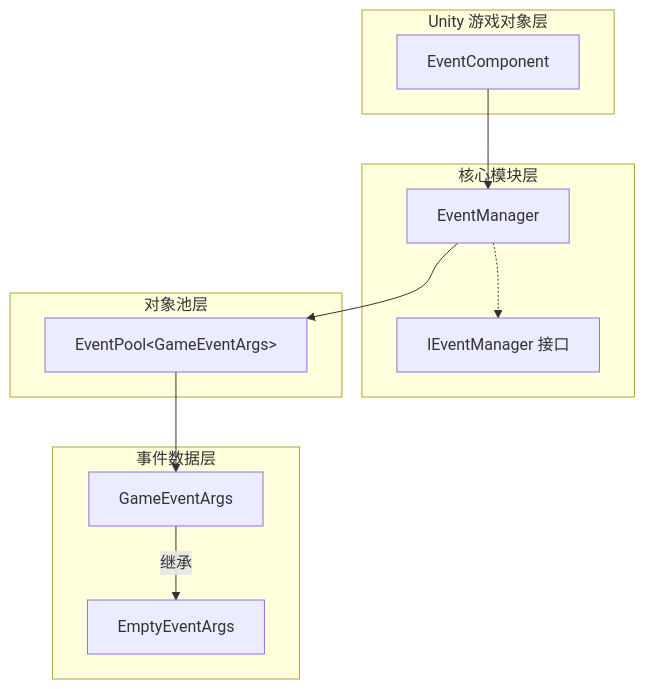
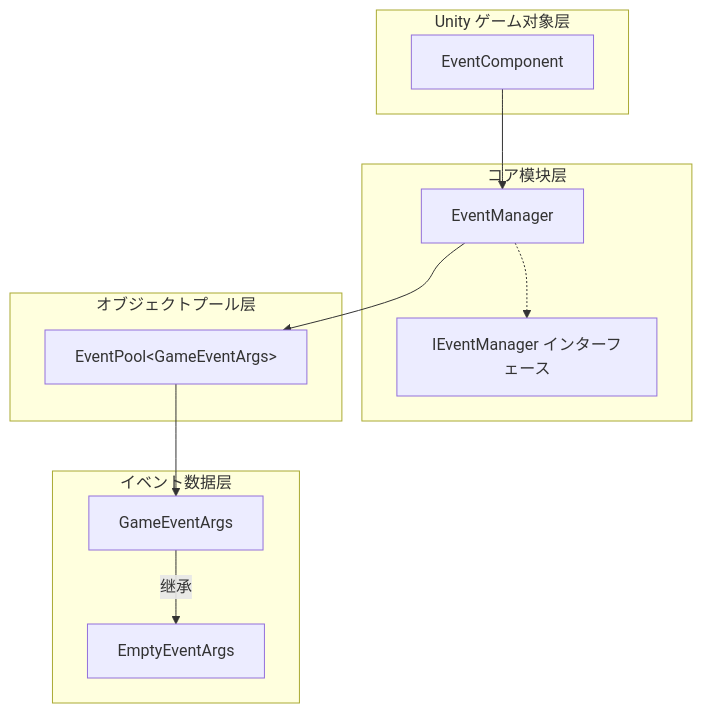
One commit to AlianBlank/GameFrameX.Docs changed the first of 3 diagrams in docs/ja/client/unity/component/event/01.overview.md. Above: the diagram before and after it, drawn with Mermaid. The commit also changed other lines of this file and 603 other files, not shown here.

````diff
--- a/docs/ja/client/unity/component/event/01.overview.md
+++ b/docs/ja/client/unity/component/event/01.overview.md
@@ -26,26 +26,26 @@
 ```mermaid
 graph TD
-    subgraph GameObject["Unity 游戏对象层"]
+    subgraph GameObject["Unity ゲーム对象层"]
         EC[EventComponent]
     end
 
-    subgraph Core["核心模块层"]
+    subgraph Core["コア模块层"]
         EM[EventManager]
-        IE[IEventManager 接口]
+        IE[IEventManager インターフェース]
     end
 
-    subgraph Pool["对象池层"]
+    subgraph Pool["オブジェクトプール层"]
         EP[EventPool&lt;GameEventArgs&gt;]
     end
 
-    subgraph EventArgs["事件数据层"]
+    subgraph EventArgs["イベント数据层"]
         GEA[GameEventArgs]
         EEA[EmptyEventArgs]
     end
 
     EC --> EM
     EM -.-> IE
     EM --> EP
     EP --> GEA
     GEA -->|继承| EEA
 ```
````
